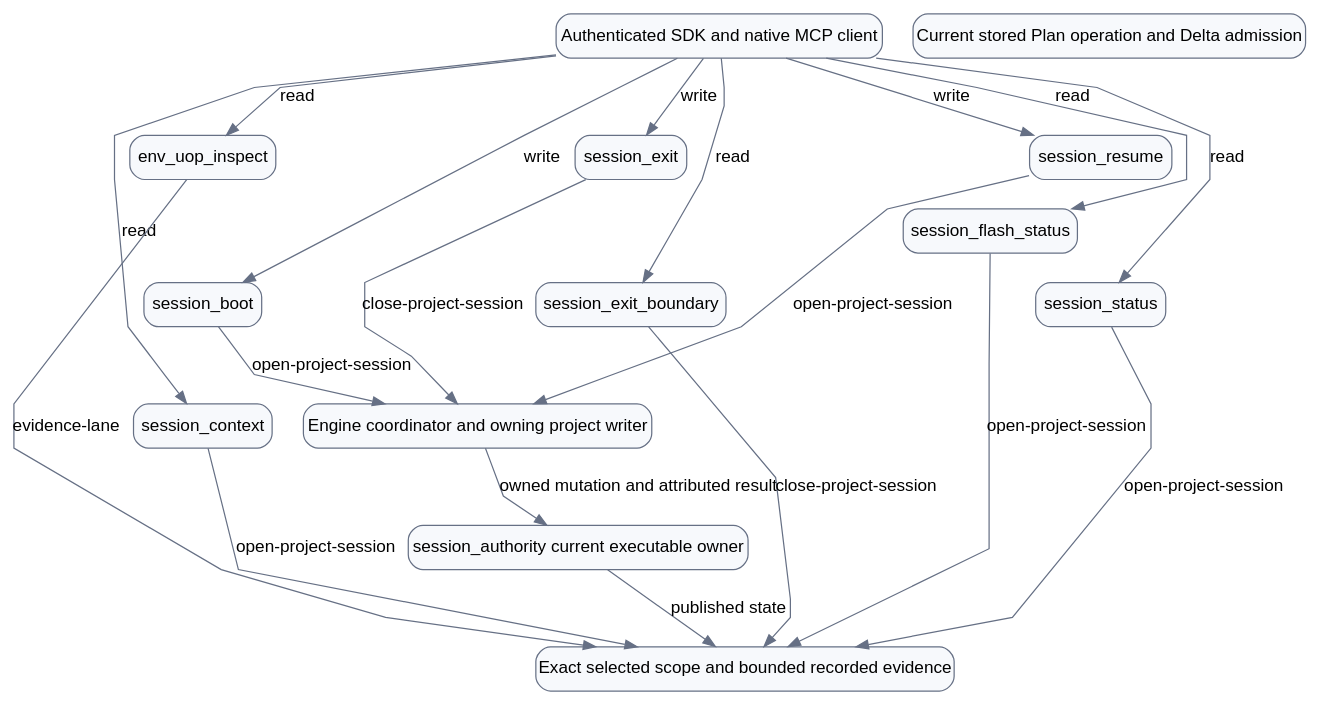
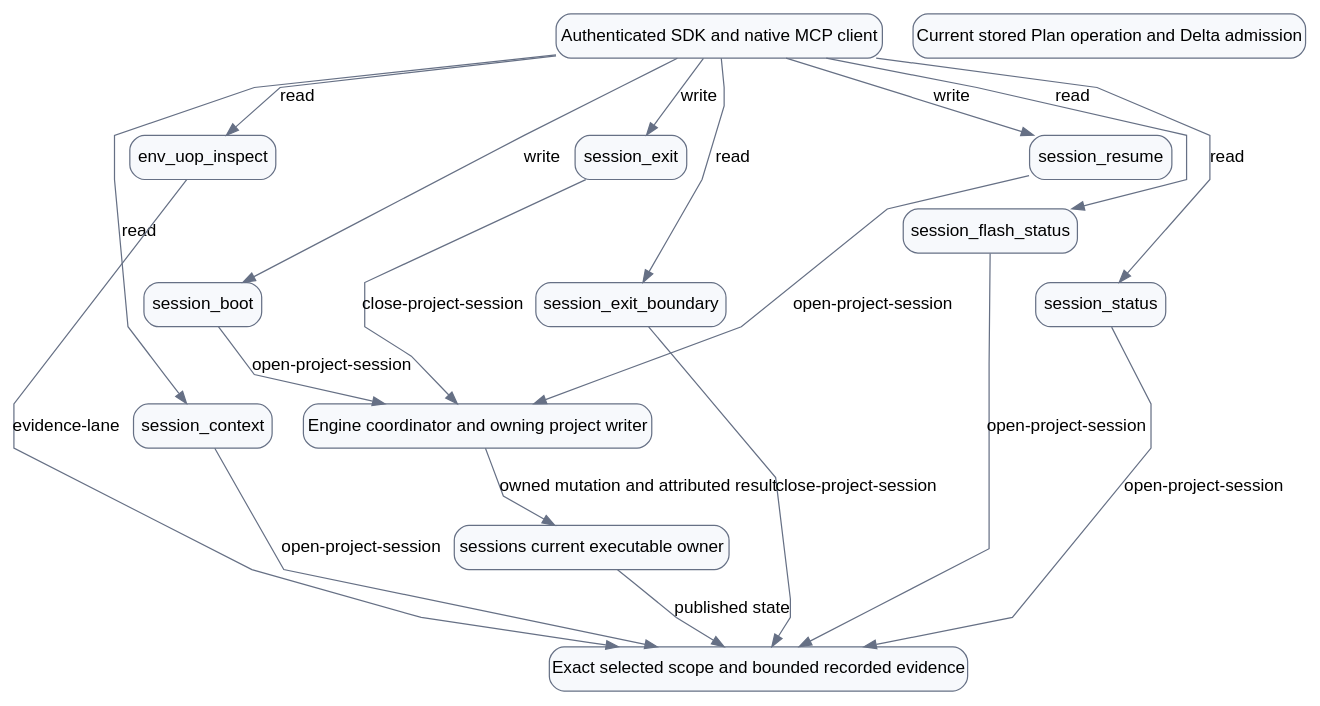
Before and after one commit to rathee000001/evidence_lane_plugin: the diagram in plugins/evidence-lane-plugin/authorities/session_authority/workflow.dot, drawn with Graphviz. The commit also changed 2126 other files, not shown here.

Commit message:
fix: complete v4.0.4 plugin architecture

```diff
--- a/plugins/evidence-lane-plugin/authorities/session_authority/workflow.dot
+++ b/plugins/evidence-lane-plugin/authorities/session_authority/workflow.dot
@@ -1,42 +1,42 @@
-digraph workflow_session_authority {
+digraph workflow_sessions {
   // EVIDENCE_LANE_GRAPH_ENGINE=PYTHON_GRAPHVIZ
   // PYTHON_GRAPHVIZ_VERSION=0.21
   bgcolor=white compound=true fontname=Arial newrank=true nodesep=0.35 rankdir=TB ranksep=0.65 splines=polyline
   node [color="#667085" fontname=Arial shape=box style="rounded,filled"]
   edge [color="#667085" fontname=Arial]
   sdk [label="Authenticated SDK and native MCP client" color="#667085" fillcolor="#f7f9fc" shape=box style="rounded,filled"]
   read [label="Exact selected scope and bounded recorded evidence" color="#667085" fillcolor="#f7f9fc" shape=box style="rounded,filled"]
   writer [label="Engine coordinator and owning project writer" color="#667085" fillcolor="#f7f9fc" shape=box style="rounded,filled"]
   delta [label="Current stored Plan operation and Delta admission" color="#667085" fillcolor="#f7f9fc" shape=box style="rounded,filled"]
-  owner [label="session_authority current executable owner" color="#667085" fillcolor="#f7f9fc" shape=box style="rounded,filled"]
+  owner [label="sessions current executable owner" color="#667085" fillcolor="#f7f9fc" shape=box style="rounded,filled"]
   action_env_uop_inspect [label=env_uop_inspect color="#667085" fillcolor="#f7f9fc" shape=box style="rounded,filled"]
   action_session_boot [label=session_boot color="#667085" fillcolor="#f7f9fc" shape=box style="rounded,filled"]
   action_session_context [label=session_context color="#667085" fillcolor="#f7f9fc" shape=box style="rounded,filled"]
   action_session_exit [label=session_exit color="#667085" fillcolor="#f7f9fc" shape=box style="rounded,filled"]
   action_session_exit_boundary [label=session_exit_boundary color="#667085" fillcolor="#f7f9fc" shape=box style="rounded,filled"]
   action_session_flash_status [label=session_flash_status color="#667085" fillcolor="#f7f9fc" shape=box style="rounded,filled"]
   action_session_resume [label=session_resume color="#667085" fillcolor="#f7f9fc" shape=box style="rounded,filled"]
   action_session_status [label=session_status color="#667085" fillcolor="#f7f9fc" shape=box style="rounded,filled"]
   sdk -> action_env_uop_inspect [label=read]
   action_env_uop_inspect -> read [label="evidence-lane"]
   sdk -> action_session_boot [label=write]
   action_session_boot -> writer [label="open-project-session"]
   sdk -> action_session_context [label=read]
   action_session_context -> read [label="open-project-session"]
   sdk -> action_session_exit [label=write]
   action_session_exit -> writer [label="close-project-session"]
   sdk -> action_session_exit_boundary [label=read]
   action_session_exit_boundary -> read [label="close-project-session"]
   sdk -> action_session_flash_status [label=read]
   action_session_flash_status -> read [label="open-project-session"]
   sdk -> action_session_resume [label=write]
   action_session_resume -> writer [label="open-project-session"]
   sdk -> action_session_status [label=read]
   action_session_status -> read [label="open-project-session"]
   writer -> owner [label="owned mutation and attributed result"]
   owner -> read [label="published state"]
   action_env_uop_inspect -> action_session_boot [constraint=true style=invis weight=100]
   action_session_boot -> action_session_context [constraint=true style=invis weight=100]
   action_session_exit -> action_session_exit_boundary [constraint=true style=invis weight=100]
   action_session_resume -> action_session_status [constraint=true style=invis weight=100]
 }
```
